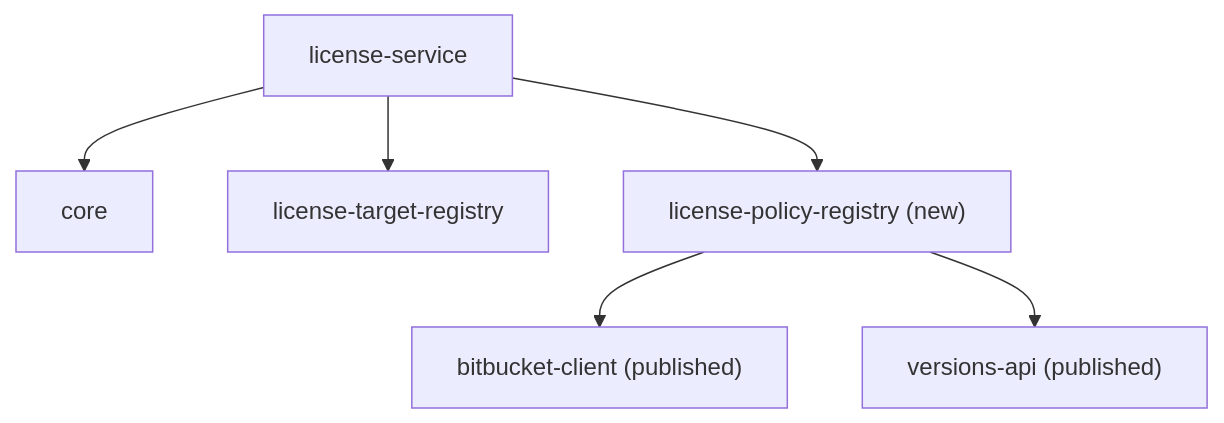
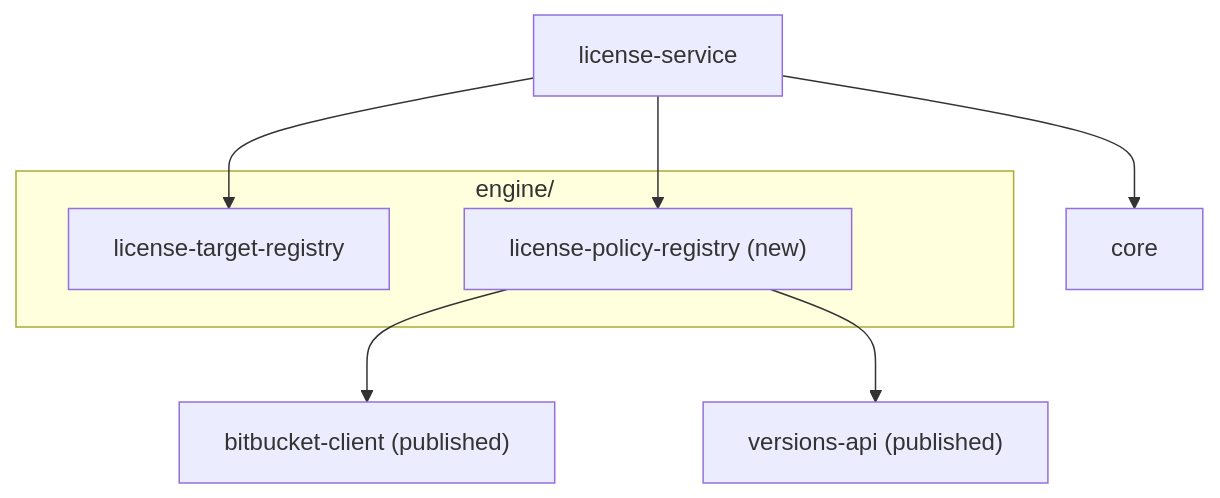
The diagram in openspec/changes/load-license-policy/design.md (octopusden/octopus-license-service), drawn with Mermaid before and after one commit. The commit also changed other lines of this file and 2 other files, not shown here.

Commit message:
Place the license policy module under engine/

````diff
--- a/openspec/changes/load-license-policy/design.md
+++ b/openspec/changes/load-license-policy/design.md
@@ -52,8 +52,12 @@
 ```mermaid
 flowchart TD
     server["license-service"] --> core
-    server --> target["license-target-registry"]
-    server --> policy["license-policy-registry (new)"]
+    server --> target
+    server --> policy
+    subgraph engine["engine/"]
+        target["license-target-registry"]
+        policy["license-policy-registry (new)"]
+    end
     policy --> bitbucket["bitbucket-client (published)"]
     policy --> versions["versions-api (published)"]
 ```
````
